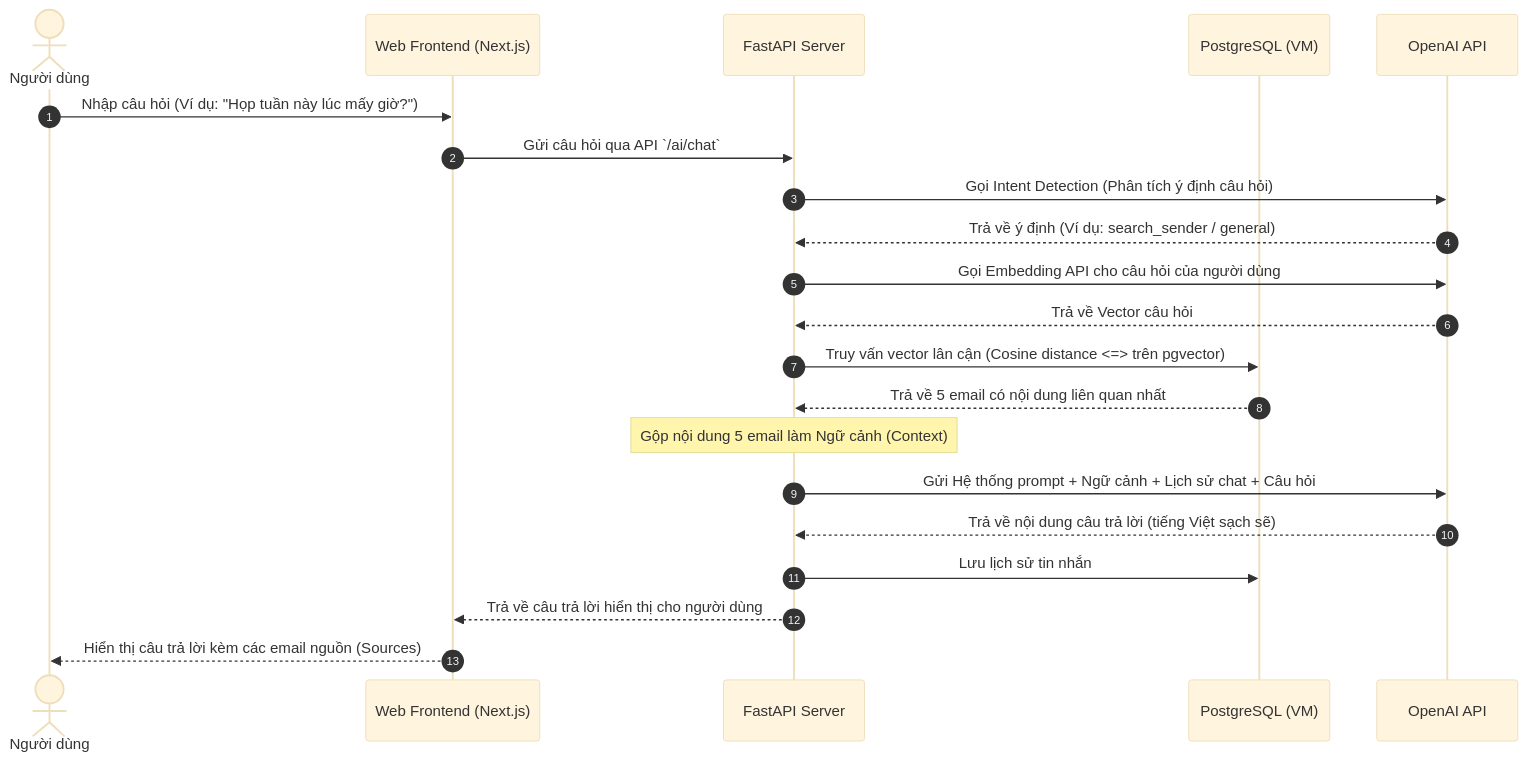
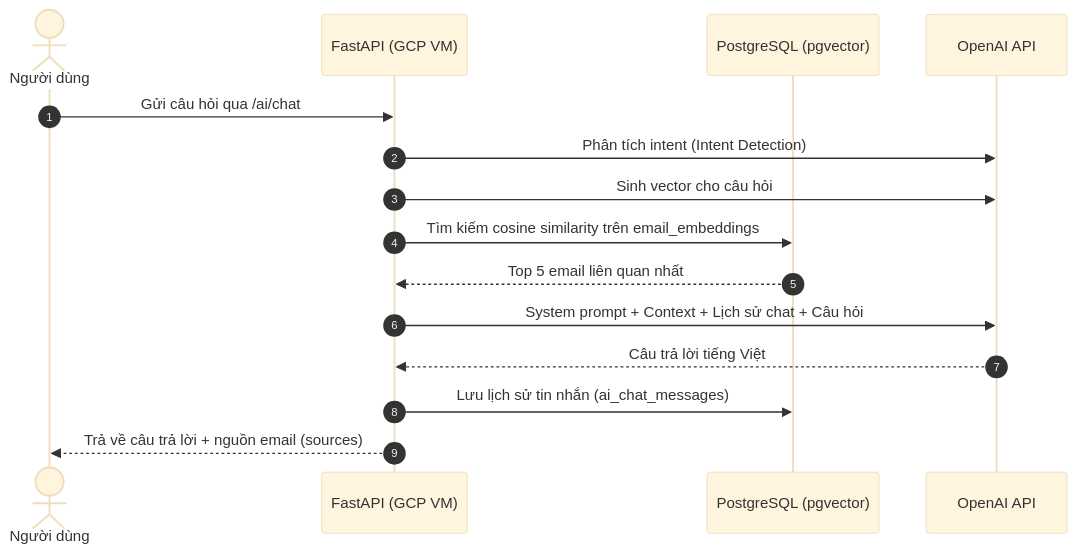
Before and after one commit to khoiteychin/ai-email-manager-agent: the second of 4 diagrams in README.md, drawn with Mermaid (base theme). The commit also changed other lines of this file, not shown here.

Commit message:
docs: rewrite README to reflect current codebase (GCP VM + local PostgreSQL, no Telegram)

````diff
--- a/README.md
+++ b/README.md
@@ -118,26 +102,18 @@
 ```mermaid
 sequenceDiagram
     autonumber
     actor User as Người dùng
-    participant Web as Web Frontend (Next.js)
-    participant Backend as FastAPI Server
-    participant DB as PostgreSQL (VM)
+    participant Backend as FastAPI (GCP VM)
+    participant DB as PostgreSQL (pgvector)
     participant OpenAI as OpenAI API
 
-    User->>Web: Nhập câu hỏi (Ví dụ: "Họp tuần này lúc mấy giờ?")
-    Web->>Backend: Gửi câu hỏi qua API `/ai/chat`
-    Backend->>OpenAI: Gọi Intent Detection (Phân tích ý định câu hỏi)
-    OpenAI-->>Backend: Trả về ý định (Ví dụ: search_sender / general)
-    
-    Backend->>OpenAI: Gọi Embedding API cho câu hỏi của người dùng
-    OpenAI-->>Backend: Trả về Vector câu hỏi
-    Backend->>DB: Truy vấn vector lân cận (Cosine distance <=> trên pgvector)
-    DB-->>Backend: Trả về 5 email có nội dung liên quan nhất
-    
-    Note over Backend: Gộp nội dung 5 email làm Ngữ cảnh (Context)
-    Backend->>OpenAI: Gửi Hệ thống prompt + Ngữ cảnh + Lịch sử chat + Câu hỏi
-    OpenAI-->>Backend: Trả về nội dung câu trả lời (tiếng Việt sạch sẽ)
-    Backend->>DB: Lưu lịch sử tin nhắn
-    Backend-->>Web: Trả về câu trả lời hiển thị cho người dùng
-    Web-->>User: Hiển thị câu trả lời kèm các email nguồn (Sources)
+    User->>Backend: Gửi câu hỏi qua /ai/chat
+    Backend->>OpenAI: Phân tích intent (Intent Detection)
+    Backend->>OpenAI: Sinh vector cho câu hỏi
+    Backend->>DB: Tìm kiếm cosine similarity trên email_embeddings
+    DB-->>Backend: Top 5 email liên quan nhất
+    Backend->>OpenAI: System prompt + Context + Lịch sử chat + Câu hỏi
+    OpenAI-->>Backend: Câu trả lời tiếng Việt
+    Backend->>DB: Lưu lịch sử tin nhắn (ai_chat_messages)
+    Backend-->>User: Trả về câu trả lời + nguồn email (sources)
 ```
````
